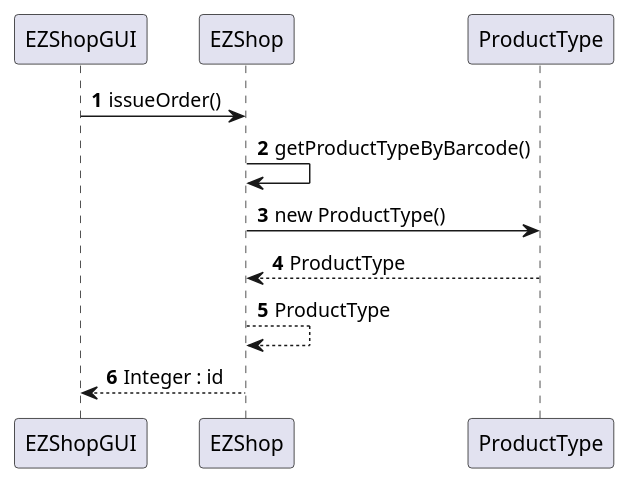
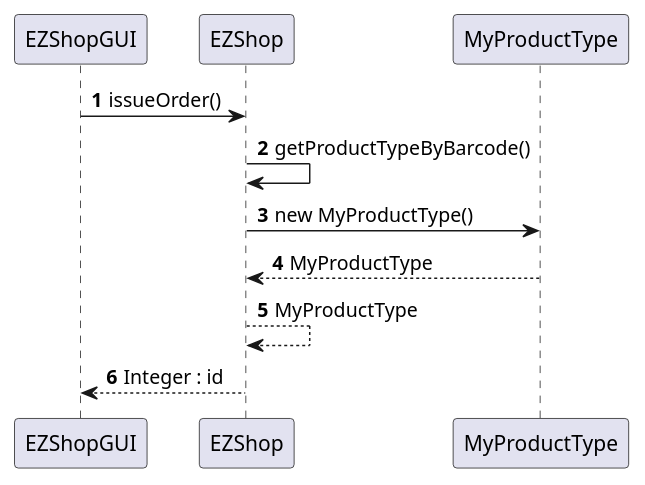
One commit to mkexc/ezshop changed the seventh of 22 diagrams in Deliverables/DesignDocument.md. Above: the diagram before and after it, drawn with PlantUML. The commit also changed other lines of this file and 160 other files, not shown here.

````diff
--- a/Deliverables/DesignDocument.md
+++ b/Deliverables/DesignDocument.md
@@ -287,11 +279,11 @@
 ```plantuml
 @startuml
 autonumber
 EZShopGUI -> EZShop : issueOrder()
 EZShop -> EZShop : getProductTypeByBarcode()
-EZShop -> ProductType : new ProductType()
-ProductType --> EZShop : ProductType
-EZShop --> EZShop : ProductType
+EZShop -> MyProductType : new MyProductType()
+MyProductType --> EZShop : MyProductType
+EZShop --> EZShop : MyProductType
 EZShopGUI <-- EZShop : Integer : id
 @enduml
 ```
````
